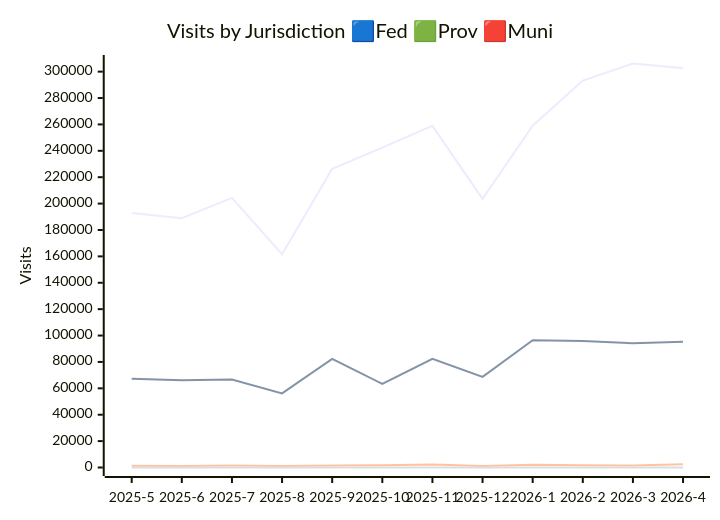
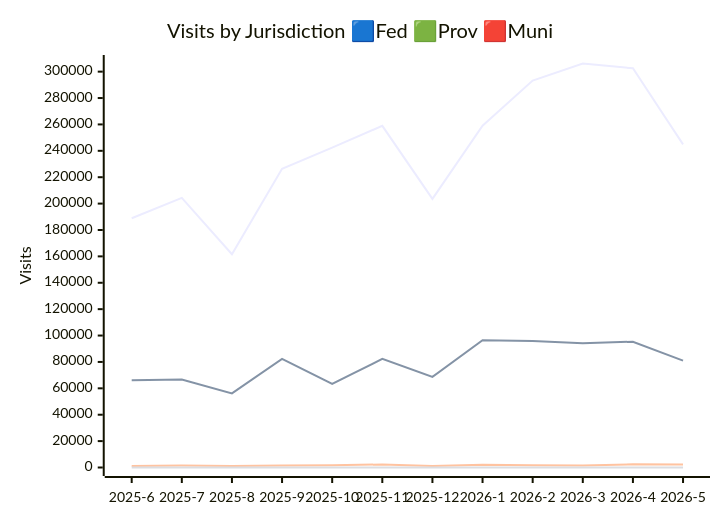
The second of 3 diagrams in JURISDICTION_ANALYTICS_REPORT/readme.md (PatLittle/analytics-corporate-reporting), drawn with Mermaid before and after one commit. The commit also changed other lines of this file and 3 other files, not shown here.

````diff
--- a/JURISDICTION_ANALYTICS_REPORT/readme.md
+++ b/JURISDICTION_ANALYTICS_REPORT/readme.md
@@ -28,11 +28,11 @@
 ```mermaid
 
 xychart-beta
     title "Visits by Jurisdiction 🟦Fed 🟩Prov 🟥Muni"
-    x-axis [2025-5, 2025-6, 2025-7, 2025-8, 2025-9, 2025-10, 2025-11, 2025-12, 2026-1, 2026-2, 2026-3, 2026-4]
+    x-axis [2025-6, 2025-7, 2025-8, 2025-9, 2025-10, 2025-11, 2025-12, 2026-1, 2026-2, 2026-3, 2026-4, 2026-5]
     y-axis "Visits" 0 --> 306173
-    line [192883, 188917, 204307, 161660, 226421, 242393, 258948, 203554, 259022, 293232, 306163, 302533]
-    line [67312, 66210, 66753, 56172, 82323, 63360, 82328, 68663, 96451, 95831, 94174, 95323]
-    line [1268, 1160, 1451, 1187, 1472, 1717, 2282, 1200, 2113, 1718, 1475, 2389]
-    line [0, 0, 0, 0, 0, 13, 7, 27, 17, 19, 21, 9]
+    line [188917, 204307, 161660, 226421, 242393, 258948, 203554, 259022, 293232, 306163, 302533, 244851]
+    line [66210, 66753, 56172, 82323, 63360, 82328, 68663, 96451, 95831, 94174, 95323, 80949]
+    line [1160, 1451, 1187, 1472, 1717, 2282, 1200, 2113, 1718, 1475, 2389, 2241]
+    line [0, 0, 0, 0, 13, 7, 27, 17, 19, 21, 9, 10]
 ```
````
